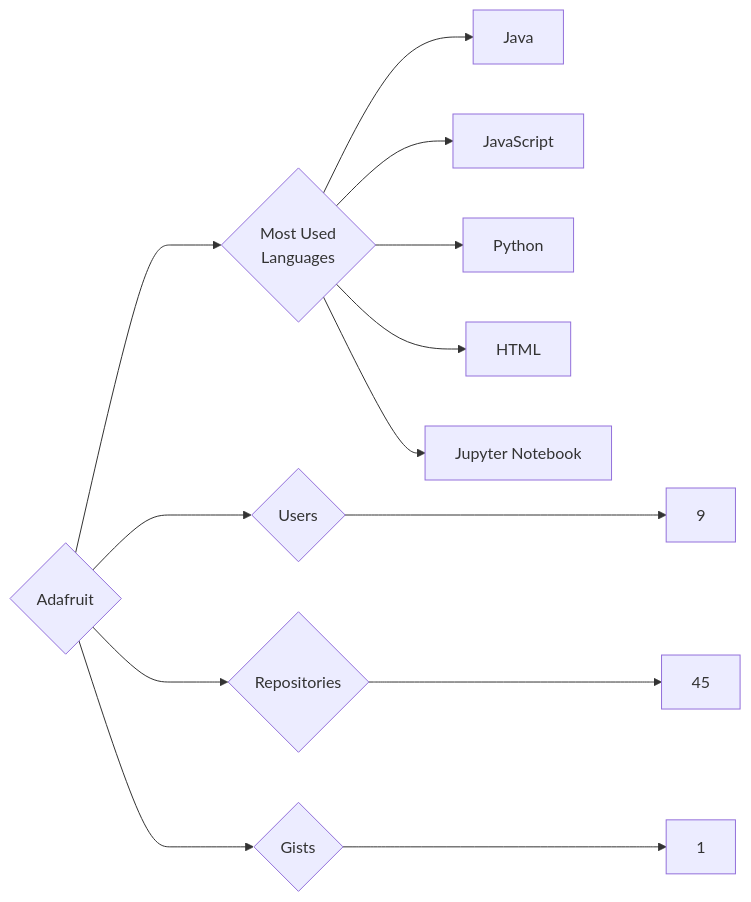
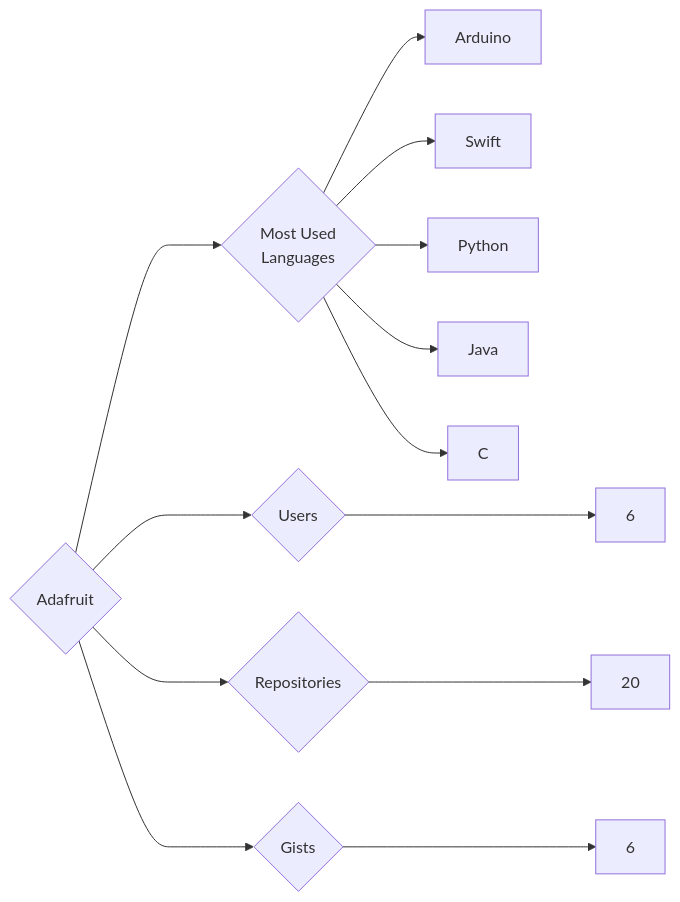
Before and after one commit to trickest/insiders: the diagram in targets/Adafruit/README.md, drawn with Mermaid. The commit also changed 1089 other files, not shown here.

````diff
--- a/targets/Adafruit/README.md
+++ b/targets/Adafruit/README.md
@@ -3,13 +3,13 @@
 ```mermaid
 graph LR
 COMPANY_NAME{Adafruit}
-COMPANY_NAME ---> U{Users} ---> UN[9]
-COMPANY_NAME ---> R{Repositories} ---> RN[45]
-COMPANY_NAME ---> G{Gists} ---> GN[1]
+COMPANY_NAME ---> U{Users} ---> UN[6]
+COMPANY_NAME ---> R{Repositories} ---> RN[20]
+COMPANY_NAME ---> G{Gists} ---> GN[6]
 COMPANY_NAME ---> ML{Most Used<br>Languages}
+ML --> Arduino[Arduino]
+ML --> Swift[Swift]
+ML --> Python[Python]
 ML --> Java[Java]
-ML --> JavaScript[JavaScript]
-ML --> Python[Python]
-ML --> HTML[HTML]
-ML --> Jupyter_Notebook[Jupyter Notebook]
+ML --> C[C]
 ```
````
